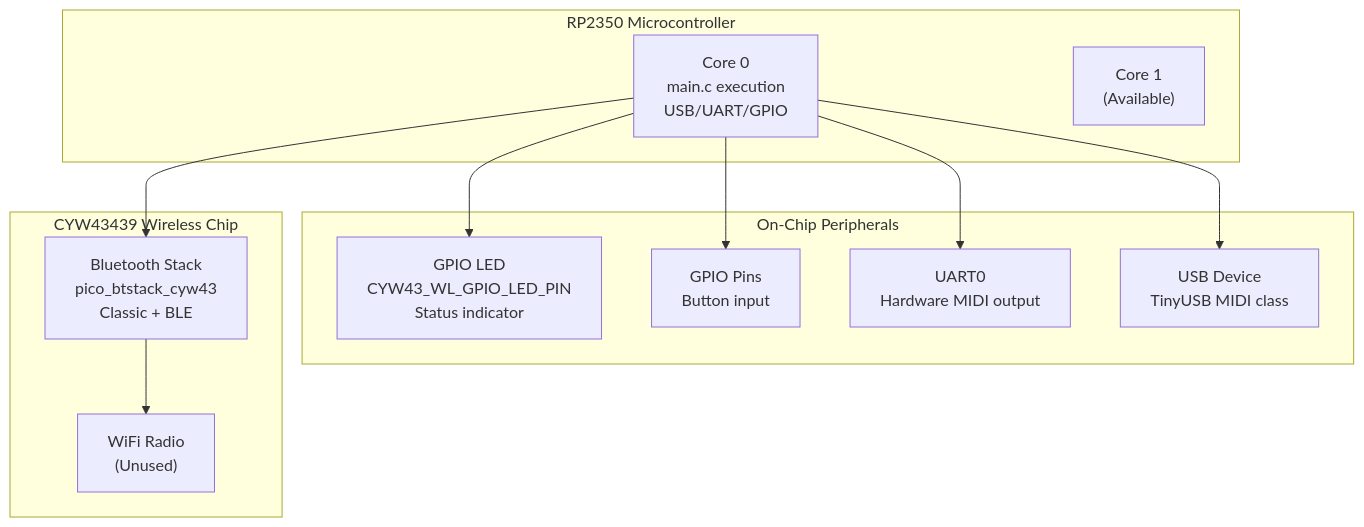
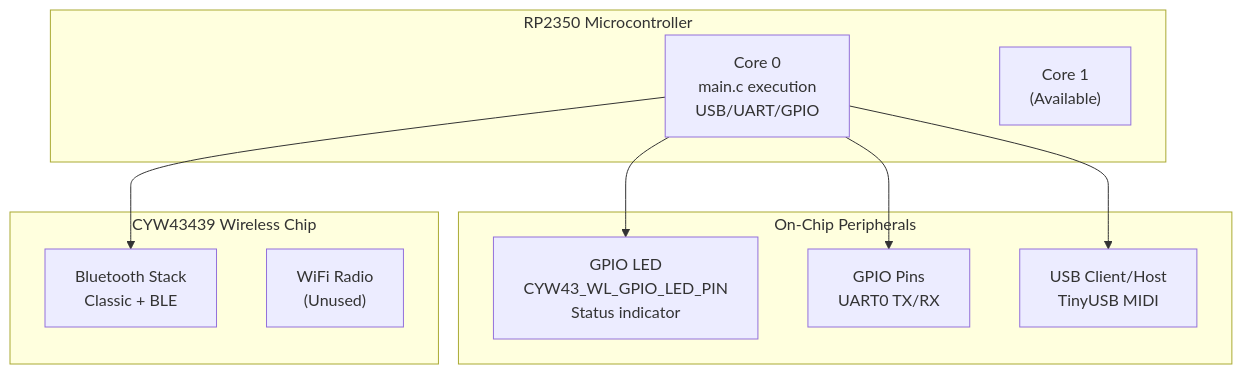
One commit to Jus-Be/orinayo-pico changed the first of 2 diagrams in wiki/2.1-hardware-requirements.md. Above: the diagram before and after it, drawn with Mermaid. The commit also changed other lines of this file and 42 other files, not shown here.

````diff
--- a/wiki/2.1-hardware-requirements.md
+++ b/wiki/2.1-hardware-requirements.md
@@ -32,36 +37,32 @@
 ```mermaid
 flowchart TD
 
 Core0["Core 0<br>main.c execution<br>USB/UART/GPIO"]
 Core1["Core 1<br>(Available)"]
-BT["Bluetooth Stack<br>pico_btstack_cyw43<br>Classic + BLE"]
+BT["Bluetooth Stack<br>Classic + BLE"]
 WiFi["WiFi Radio<br>(Unused)"]
 LED["GPIO LED<br>CYW43_WL_GPIO_LED_PIN<br>Status indicator"]
-GPIO["GPIO Pins<br>Button input"]
-UART["UART0<br>Hardware MIDI output"]
-USB["USB Device<br>TinyUSB MIDI class"]
+GPIO["GPIO Pins<br>UART0 TX/RX"]
+USB["USB Client/Host<br>TinyUSB MIDI"]
 
 Core0 --> LED
 Core0 --> GPIO
-Core0 --> UART
 Core0 --> USB
 Core0 --> BT
 
 subgraph Peripherals ["On-Chip Peripherals"]
     LED
     GPIO
-    UART
     USB
 end
 
 subgraph CYW43 ["CYW43439 Wireless Chip"]
     BT
     WiFi
-    BT --> WiFi
 end
 
 subgraph RP2350 ["RP2350 Microcontroller"]
     Core0
     Core1
 end
 ```
````
